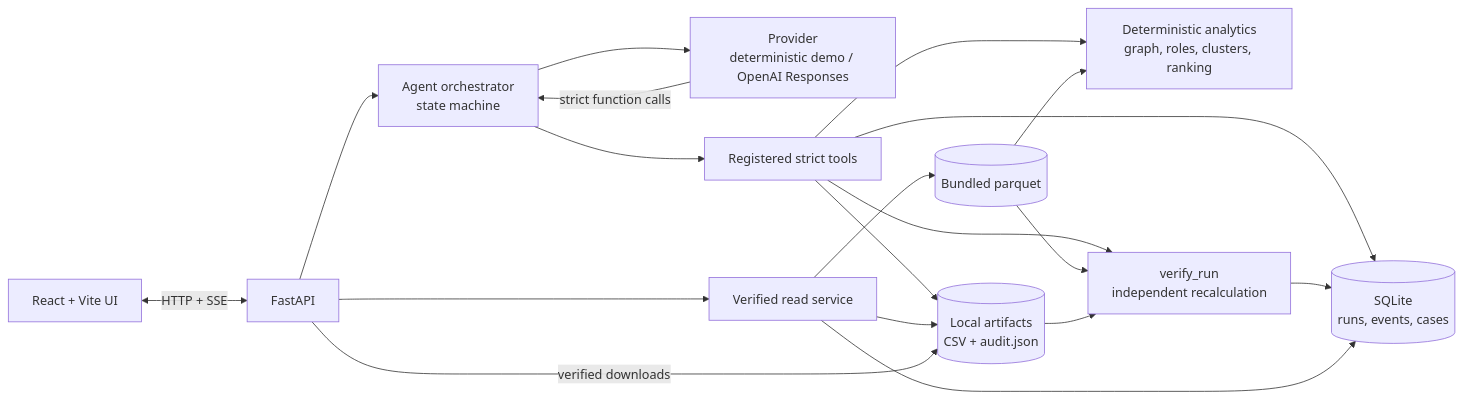
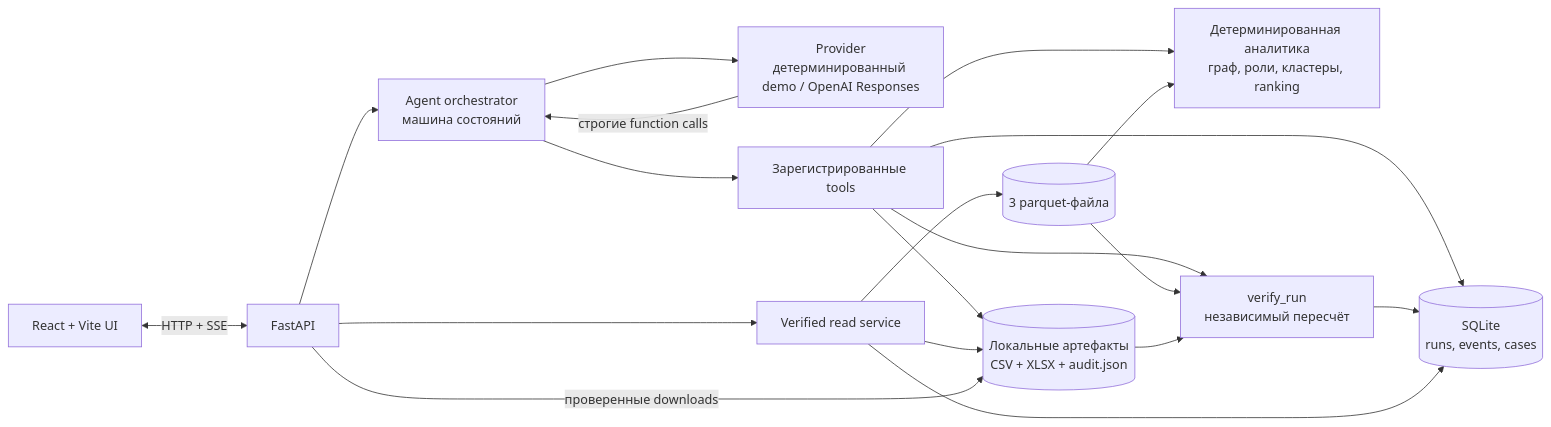
The diagram in docs/JUDGING_DEMO.md (BAITC-Hacks/hack-987b5a03-c-3po), drawn with Mermaid before and after one commit. The commit also changed other lines of this file and 37 other files, not shown here.

````diff
--- a/docs/JUDGING_DEMO.md
+++ b/docs/JUDGING_DEMO.md
@@ -5,21 +5,21 @@
 ```mermaid
 flowchart LR
     UI[React + Vite UI] <-->|HTTP + SSE| API[FastAPI]
-    API --> ORCH[Agent orchestrator<br/>state machine]
-    ORCH --> PROVIDER[Provider<br/>deterministic demo / OpenAI Responses]
-    PROVIDER -->|strict function calls| ORCH
-    ORCH --> TOOLS[Registered strict tools]
-    TOOLS --> ANALYTICS[Deterministic analytics<br/>graph, roles, clusters, ranking]
-    INPUT[(Bundled parquet)] --> ANALYTICS
+    API --> ORCH[Agent orchestrator<br/>машина состояний]
+    ORCH --> PROVIDER[Provider<br/>детерминированный demo / OpenAI Responses]
+    PROVIDER -->|строгие function calls| ORCH
+    ORCH --> TOOLS[Зарегистрированные tools]
+    TOOLS --> ANALYTICS[Детерминированная аналитика<br/>граф, роли, кластеры, ranking]
+    INPUT[(3 parquet-файла)] --> ANALYTICS
     TOOLS --> STORE[(SQLite<br/>runs, events, cases)]
-    TOOLS --> FILES[(Local artifacts<br/>CSV + audit.json)]
-    TOOLS --> VERIFY[verify_run<br/>independent recalculation]
+    TOOLS --> FILES[(Локальные артефакты<br/>CSV + XLSX + audit.json)]
+    TOOLS --> VERIFY[verify_run<br/>независимый пересчёт]
     INPUT --> VERIFY
     FILES --> VERIFY
     VERIFY --> STORE
     API --> QUERY[Verified read service]
     QUERY --> INPUT
     QUERY --> FILES
     QUERY --> STORE
-    API -->|verified downloads| FILES
+    API -->|проверенные downloads| FILES
 ```
````
